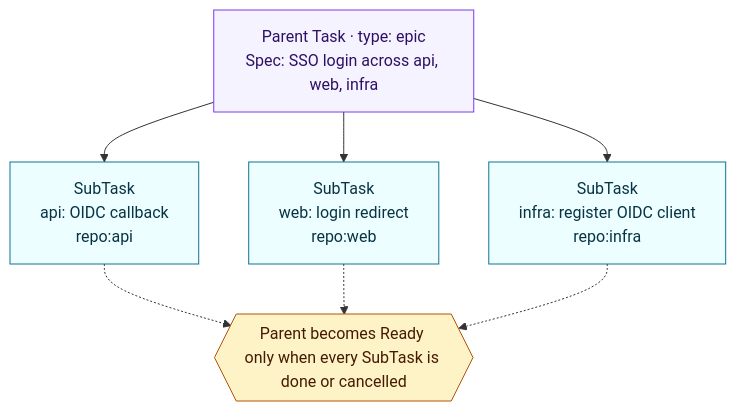
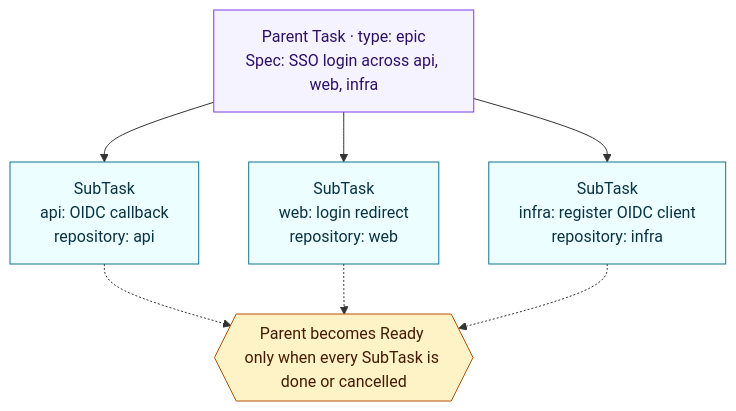
Before and after one commit to rcmendes/orbit: the fifth of 6 diagrams in README.md, drawn with Mermaid. The commit also changed other lines of this file and 5 other files, not shown here.

````diff
--- a/README.md
+++ b/README.md
@@ -526,22 +526,22 @@
 ```mermaid
 flowchart TD
     EPIC["Parent Task · type: epic<br/>Spec: SSO login across api, web, infra"]
-    API["SubTask<br/>api: OIDC callback<br/>repo:api"]
-    WEB["SubTask<br/>web: login redirect<br/>repo:web"]
-    INFRA["SubTask<br/>infra: register OIDC client<br/>repo:infra"]
+    API["SubTask<br/>api: OIDC callback<br/>repository: api"]
+    WEB["SubTask<br/>web: login redirect<br/>repository: web"]
+    INFRA["SubTask<br/>infra: register OIDC client<br/>repository: infra"]
     GATE{{"Parent becomes Ready only when every SubTask is done or cancelled"}}
 
     EPIC --> API
     EPIC --> WEB
     EPIC --> INFRA
     API -.-> GATE
     WEB -.-> GATE
     INFRA -.-> GATE
 
     classDef parent fill:#f5f3ff,stroke:#7c3aed,color:#2e1065
     classDef child fill:#ecfeff,stroke:#0e7490,color:#083344
     classDef gate fill:#fef3c7,stroke:#b45309,color:#451a03
     class EPIC parent
     class API,WEB,INFRA child
     class GATE gate
 ```
````
